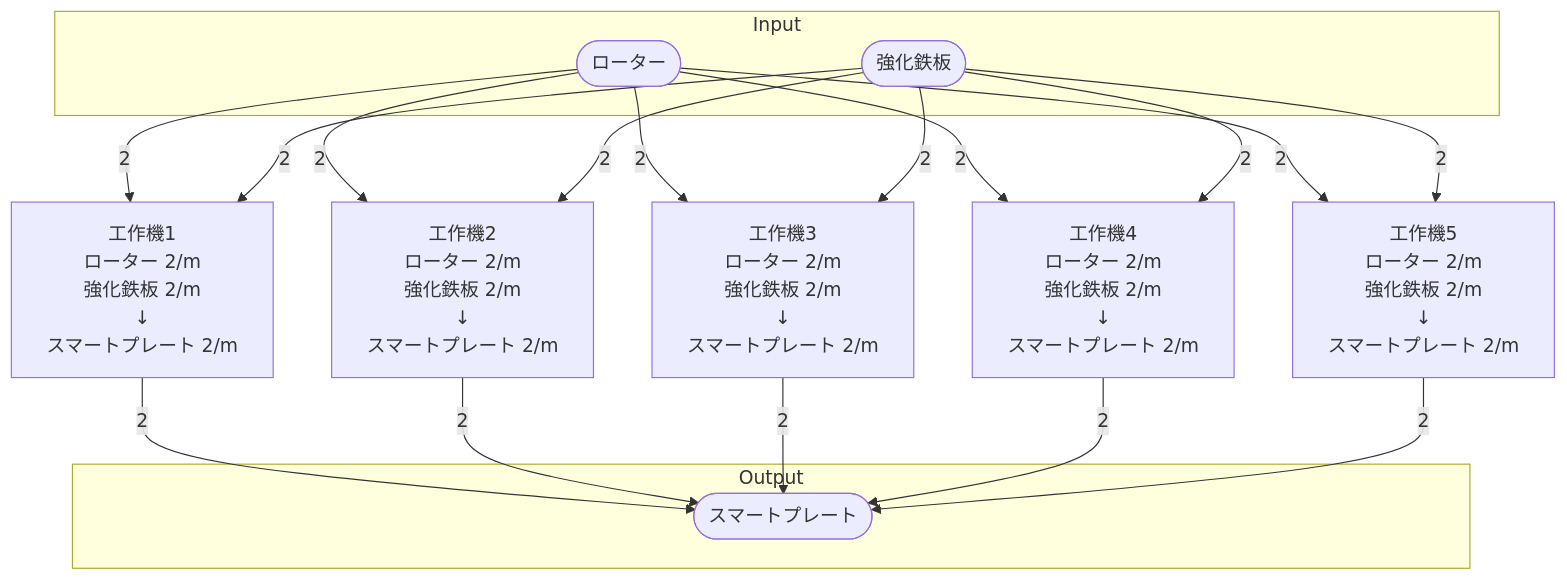
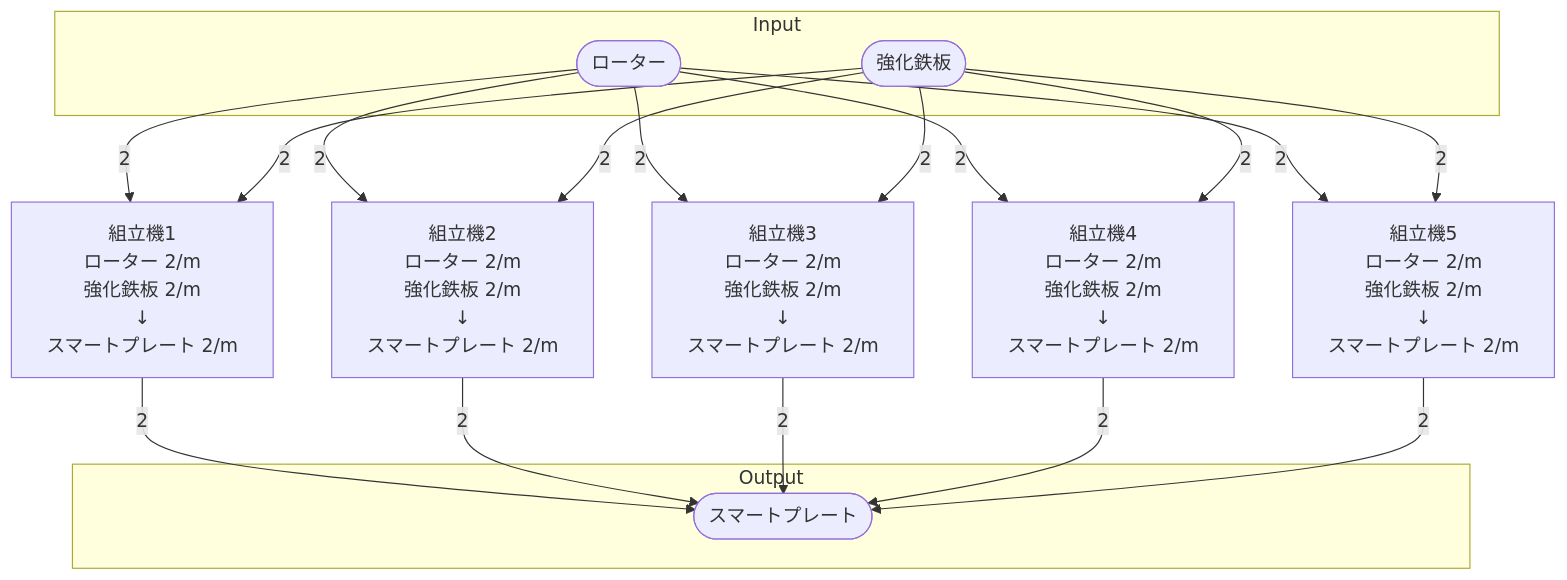
One commit to Suzuran-Amano/SatisfactoryTaskEfficiency changed the diagram in 40_FactoryBuilding/スマートプレート工場/40_個別製造ライン設計書/個別製造ライン設計書_スマートプレート製造ライン.md. Above: the diagram before and after it, drawn with Mermaid. The commit also changed other lines of this file and 288 other files, not shown here.

````diff
--- a/40_FactoryBuilding/スマートプレート工場/40_個別製造ライン設計書/個別製造ライン設計書_スマートプレート製造ライン.md
+++ b/40_FactoryBuilding/スマートプレート工場/40_個別製造ライン設計書/個別製造ライン設計書_スマートプレート製造ライン.md
@@ -19,68 +21,68 @@
 ```mermaid
 flowchart TD
 
 subgraph Input
     ローター([ローター])
     強化鉄板([強化鉄板])
 end
 
-工作機1[
-    工作機1
+組立機1[
+    組立機1
     ローター 2/m
     強化鉄板 2/m
     ↓
     スマートプレート 2/m
 ]
 
-工作機2[
-    工作機2
+組立機2[
+    組立機2
     ローター 2/m
     強化鉄板 2/m
     ↓
     スマートプレート 2/m
 ]
 
-工作機3[
-    工作機3
+組立機3[
+    組立機3
     ローター 2/m
     強化鉄板 2/m
     ↓
     スマートプレート 2/m
 ]
 
-工作機4[
-    工作機4
+組立機4[
+    組立機4
     ローター 2/m
     強化鉄板 2/m
     ↓
     スマートプレート 2/m
 ]
 
-工作機5[
-    工作機5
+組立機5[
+    組立機5
     ローター 2/m
     強化鉄板 2/m
     ↓
     スマートプレート 2/m
 ]
 
 subgraph Output
     スマートプレート([スマートプレート])
 end
 
-ローター-->|2|工作機1
-強化鉄板-->|2|工作機1
-工作機1-->|2|スマートプレート
-ローター-->|2|工作機2
-強化鉄板-->|2|工作機2
-工作機2-->|2|スマートプレート
-ローター-->|2|工作機3
-強化鉄板-->|2|工作機3
-工作機3-->|2|スマートプレート
-ローター-->|2|工作機4
-強化鉄板-->|2|工作機4
-工作機4-->|2|スマートプレート
-ローター-->|2|工作機5
-強化鉄板-->|2|工作機5
-工作機5-->|2|スマートプレート
+ローター-->|2|組立機1
+強化鉄板-->|2|組立機1
+組立機1-->|2|スマートプレート
+ローター-->|2|組立機2
+強化鉄板-->|2|組立機2
+組立機2-->|2|スマートプレート
+ローター-->|2|組立機3
+強化鉄板-->|2|組立機3
+組立機3-->|2|スマートプレート
+ローター-->|2|組立機4
+強化鉄板-->|2|組立機4
+組立機4-->|2|スマートプレート
+ローター-->|2|組立機5
+強化鉄板-->|2|組立機5
+組立機5-->|2|スマートプレート
 ```
````
